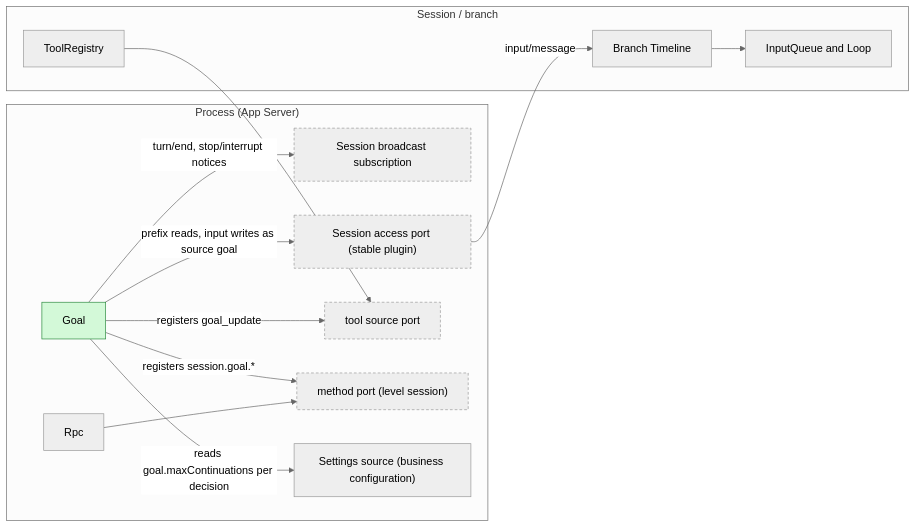
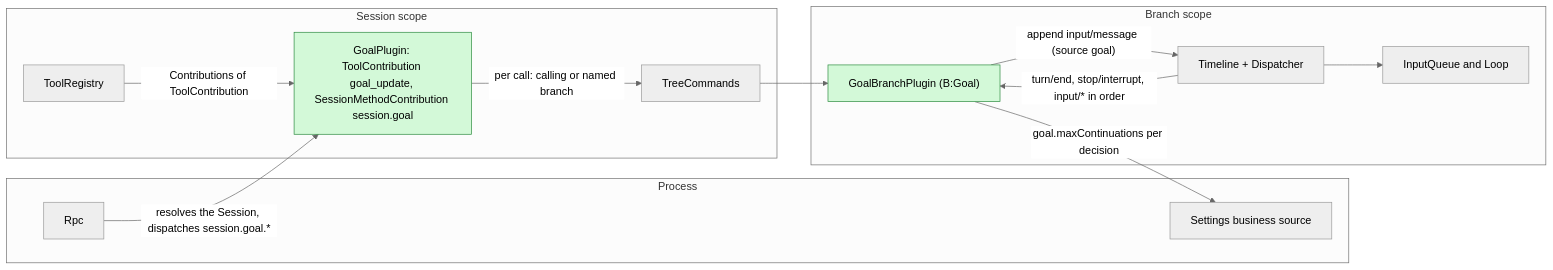
The first of 6 diagrams in docs/design/plugins/Goal.md (CoutinhoTTS/dim-agent), drawn with Mermaid (neutral theme) before and after one commit. The commit also changed other lines of this file and 3 other files, not shown here.

Commit message:
docs(design): rescope Questions, Goal, ShellInput and Attachments per ADR 002

````diff
--- a/docs/design/plugins/Goal.md
+++ b/docs/design/plugins/Goal.md
@@ -9,28 +9,26 @@
 ```mermaid
 flowchart LR
-  subgraph PROC["Process (App Server)"]
-    GoalP["Goal"]:::new
-    SE["Session broadcast subscription"]:::contract
-    SA["Session access port (stable plugin)"]:::contract
-    PTR["tool source port"]:::contract
-    SMC["method port (level session)"]:::contract
-    Settings["Settings source (business configuration)"]
+  subgraph PROC["Process"]
     Rpc["Rpc"]
+    Settings["Settings business source"]
   end
-  subgraph SESS["Session / branch"]
-    ToolRegistry["ToolRegistry"]
-    InputQueue["InputQueue and Loop"]
-    TL["Branch Timeline"]
+  subgraph SESS["Session scope"]
+    GS["GoalPlugin: ToolContribution goal_update, SessionMethodContribution session.goal"]:::new
+    TR["ToolRegistry"]
+    TC["TreeCommands"]
   end
-  GoalP -->|"turn/end, stop/interrupt notices"| SE
-  GoalP -->|"prefix reads, input writes as source goal"| SA
-  GoalP -->|"registers goal_update"| PTR
-  GoalP -->|"registers session.goal.*"| SMC
-  GoalP -->|"reads goal.maxContinuations per decision"| Settings
-  Rpc --> SMC
-  ToolRegistry --> PTR
-  SA -->|"input/message"| TL
-  TL --> InputQueue
+  subgraph BR["Branch scope"]
+    GB["GoalBranchPlugin (B:Goal)"]:::new
+    TL["Timeline + Dispatcher"]
+    IQ["InputQueue and Loop"]
+  end
+  TR -- "Contributions of ToolContribution" --> GS
+  Rpc -- "resolves the Session, dispatches session.goal.*" --> GS
+  GS -- "per call: calling or named branch" --> TC
+  TC --> GB
+  TL -- "turn/end, stop/interrupt, input/* in order" --> GB
+  GB -- "append input/message (source goal)" --> TL
+  GB -- "goal.maxContinuations per decision" --> Settings
+  TL --> IQ
   classDef new fill:#d3f9d8,stroke:#2b8a3e,color:#000
-  classDef contract stroke-dasharray:4 3
 ```
````
